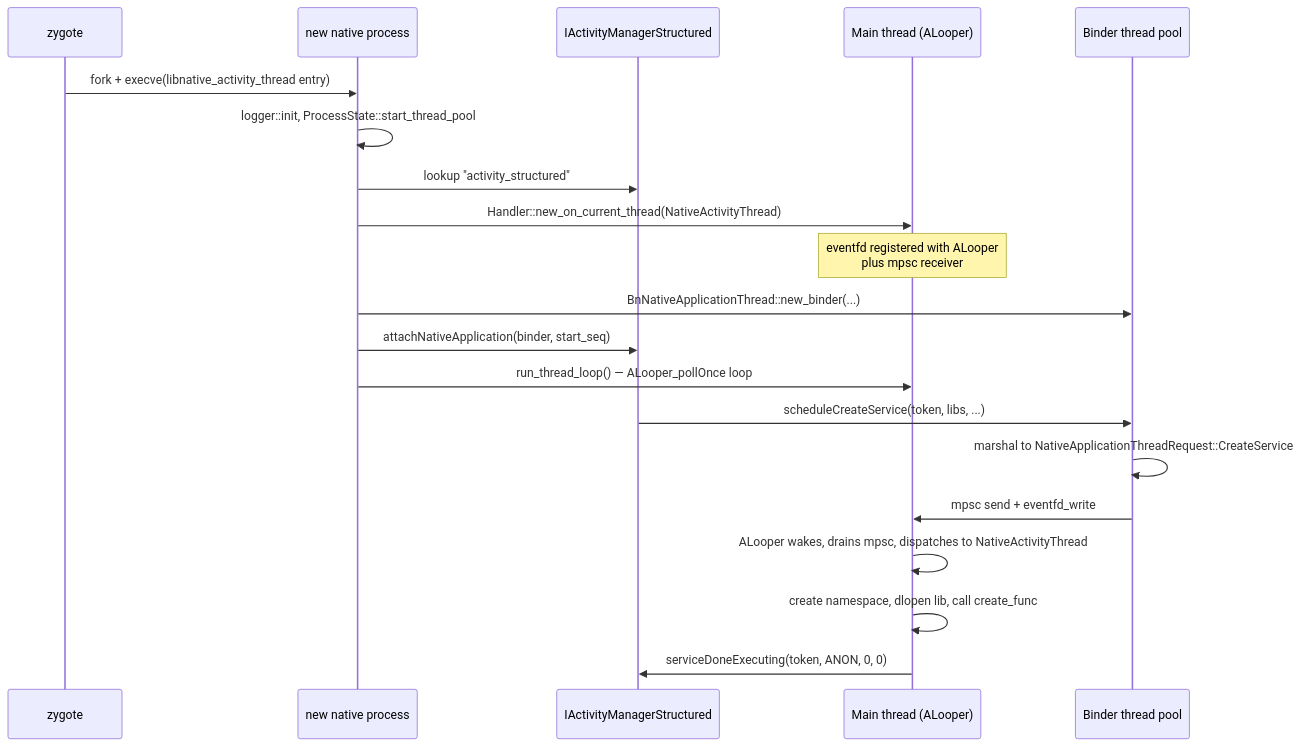
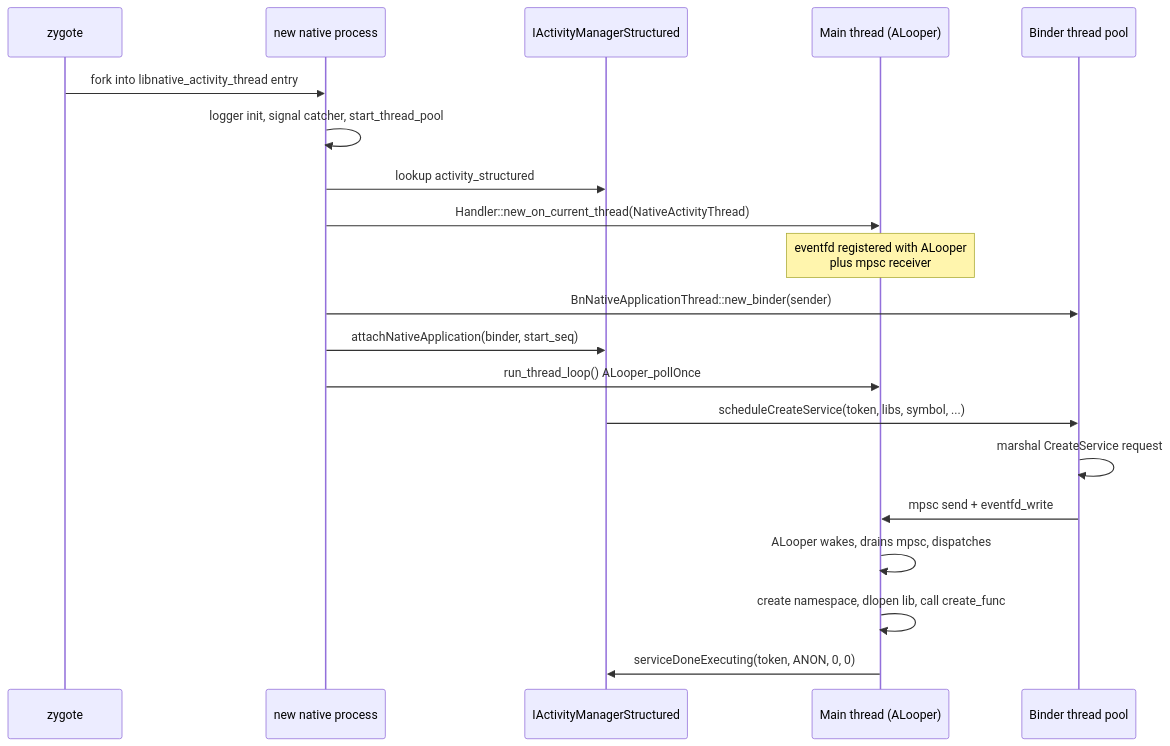
Before and after one commit to aospbooks/aosp-internal-book: diagram 14 of 17 in 11-ndk.md, drawn with Mermaid. The commit also changed other lines of this file and 232 other files, not shown here.

````diff
--- a/11-ndk.md
+++ b/11-ndk.md
@@ -2241,23 +2322,23 @@
 ```mermaid
 sequenceDiagram
     participant Zygote as zygote
     participant Proc as new native process
     participant AM as IActivityManagerStructured
     participant Main as Main thread (ALooper)
     participant Binder as Binder thread pool
 
-    Zygote->>Proc: fork + execve(libnative_activity_thread entry)
-    Proc->>Proc: logger::init, ProcessState::start_thread_pool
-    Proc->>AM: lookup "activity_structured"
+    Zygote->>Proc: fork into libnative_activity_thread entry
+    Proc->>Proc: logger init, signal catcher, start_thread_pool
+    Proc->>AM: lookup activity_structured
     Proc->>Main: Handler::new_on_current_thread(NativeActivityThread)
     Note over Main: eventfd registered with ALooper<br/>plus mpsc receiver
-    Proc->>Binder: BnNativeApplicationThread::new_binder(...)
+    Proc->>Binder: BnNativeApplicationThread::new_binder(sender)
     Proc->>AM: attachNativeApplication(binder, start_seq)
-    Proc->>Main: run_thread_loop() — ALooper_pollOnce loop
-    AM->>Binder: scheduleCreateService(token, libs, ...)
-    Binder->>Binder: marshal to NativeApplicationThreadRequest::CreateService
+    Proc->>Main: run_thread_loop() ALooper_pollOnce
+    AM->>Binder: scheduleCreateService(token, libs, symbol, ...)
+    Binder->>Binder: marshal CreateService request
     Binder->>Main: mpsc send + eventfd_write
-    Main->>Main: ALooper wakes, drains mpsc, dispatches to NativeActivityThread
+    Main->>Main: ALooper wakes, drains mpsc, dispatches
     Main->>Main: create namespace, dlopen lib, call create_func
     Main->>AM: serviceDoneExecuting(token, ANON, 0, 0)
 ```
````
